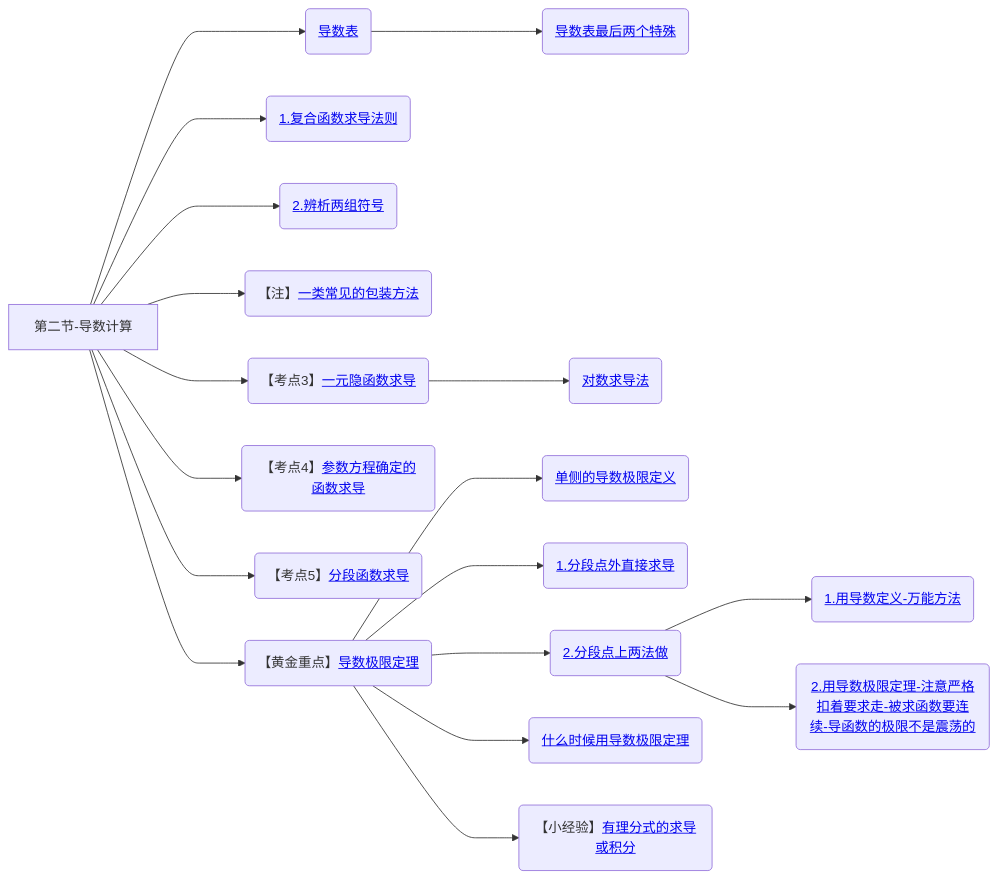
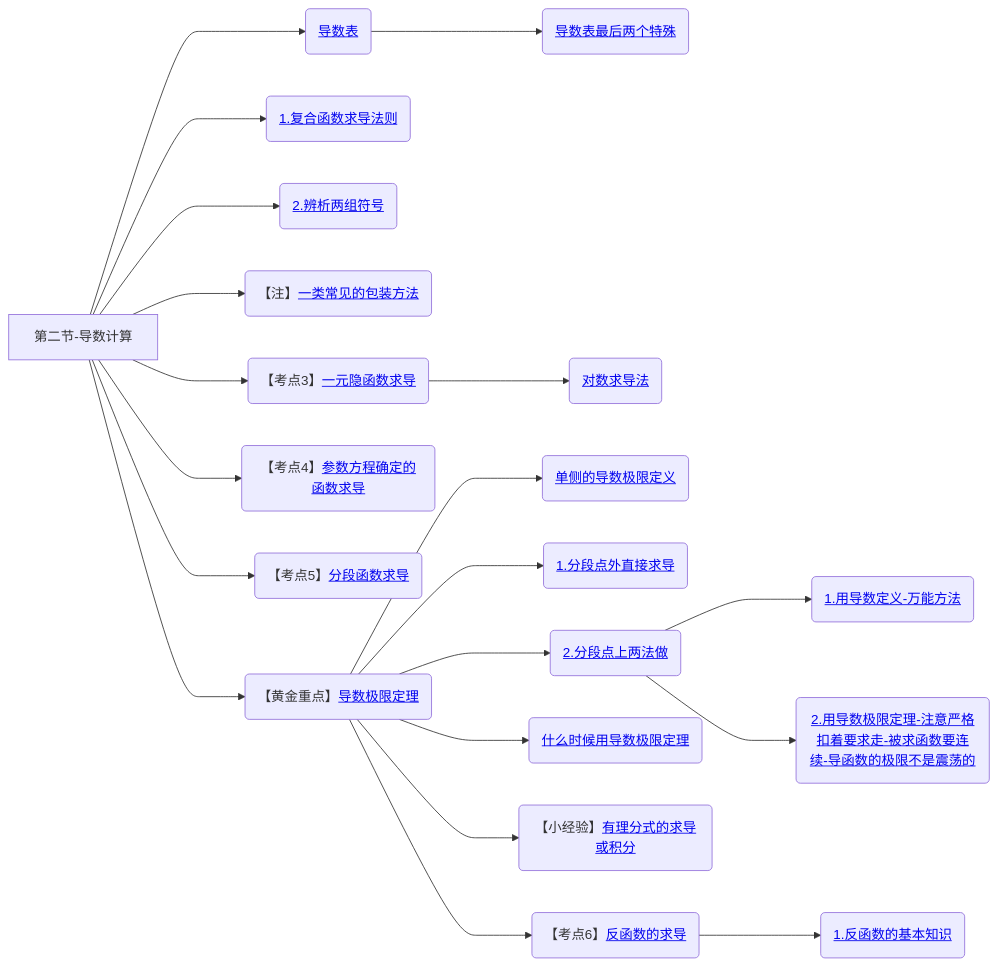
Before and after one commit to yuebinghui/note: diagram 12 of 12 in 笔记/数学/周洋鑫/01.基础班思维导图.md, drawn with Mermaid. The commit also changed 7 other files, not shown here.

````diff
--- a/笔记/数学/周洋鑫/01.基础班思维导图.md
+++ b/笔记/数学/周洋鑫/01.基础班思维导图.md
@@ -454,30 +454,33 @@
 ```mermaid
 graph LR
 第二节-导数计算
 
 第二节-导数计算--->导数表(<a href="/Users/yuebinghui/Documents/program/github/note/笔记/数学/周洋鑫/零基础提前学/11.1零基础核心考点精讲10-1.md#导数表-必须记住">导数表</>)
 导数表--->导数表最后两个特殊(<a href="/Users/yuebinghui/Documents/program/github/note/笔记/数学/周洋鑫/零基础提前学/11.1零基础核心考点精讲10-1.md#导数表最后两个特殊">导数表最后两个特殊</>)
 第二节-导数计算--->复合函数求导法则(<a href="/Users/yuebinghui/Documents/program/github/note/笔记/数学/周洋鑫/基础班/12.导数计算_1.md#复合函数求导法则">1.复合函数求导法则</>)
 第二节-导数计算--->2.辨析两组符号(<a href="/Users/yuebinghui/Documents/program/github/note/笔记/数学/周洋鑫/基础班/12.导数计算_1.md#2.辨析两组符号">2.辨析两组符号</>)
 
 第二节-导数计算--->一类常见的包装方法(【注】<a href="/Users/yuebinghui/Documents/program/github/note/笔记/数学/周洋鑫/基础班/12.导数计算_1.md#一类常见的包装方法">一类常见的包装方法</>)
 
 第二节-导数计算--->一元隐函数求导(【考点3】<a href="/Users/yuebinghui/Documents/program/github/note/笔记/数学/周洋鑫/基础班/12.导数计算_1.md#一元隐函数求导">一元隐函数求导</>)
 
 一元隐函数求导--->对数求导法(<a href="/Users/yuebinghui/Documents/program/github/note/笔记/数学/周洋鑫/基础班/13.导数计算_2.md#对数求导法">对数求导法</>)
 
 第二节-导数计算--->参数方程确定的函数求导(【考点4】<a href="/Users/yuebinghui/Documents/program/github/note/笔记/数学/周洋鑫/基础班/13.导数计算_2.md#参数方程确定的函数求导">参数方程确定的函数求导</>)
 
 第二节-导数计算--->分段函数求导(【考点5】<a href="/Users/yuebinghui/Documents/program/github/note/笔记/数学/周洋鑫/基础班/13.导数计算_2.md#分段函数求导">分段函数求导</>)
 
 第二节-导数计算--->导数极限定理(【黄金重点】<a href="/Users/yuebinghui/Documents/program/github/note/笔记/数学/周洋鑫/基础班/13.导数计算_2.md#导数极限定理">导数极限定理</>)
 导数极限定理--->单侧的导数极限定义(<a href="/Users/yuebinghui/Documents/program/github/note/笔记/数学/周洋鑫/基础班/13.导数计算_2.md#单侧的导数极限定义">单侧的导数极限定义</>)
 导数极限定理--->1.分段点外直接求导(<a href="/Users/yuebinghui/Documents/program/github/note/笔记/数学/周洋鑫/基础班/13.导数计算_2.md#1.分段点外直接求导">1.分段点外直接求导</>)
 导数极限定理--->2.分段点上两法做(<a href="/Users/yuebinghui/Documents/program/github/note/笔记/数学/周洋鑫/基础班/13.导数计算_2.md#2.分段点上两法做">2.分段点上两法做</>)
 2.分段点上两法做--->1.用导数定义-万能方法(<a href="/Users/yuebinghui/Documents/program/github/note/笔记/数学/周洋鑫/基础班/13.导数计算_2.md#1.用导数定义-万能方法">1.用导数定义-万能方法</>)
 2.分段点上两法做--->2.用导数极限定理-注意严格扣着要求走-被求函数要连续-导函数的极限不是震荡的(<a href="/Users/yuebinghui/Documents/program/github/note/笔记/数学/周洋鑫/基础班/13.导数计算_2.md#2.用导数极限定理-注意严格扣着要求走-被求函数要连续-导函数的极限不是震荡的">2.用导数极限定理-注意严格扣着要求走-被求函数要连续-导函数的极限不是震荡的</>)
 导数极限定理--->什么时候用导数极限定理(<a href="/Users/yuebinghui/Documents/program/github/note/笔记/数学/周洋鑫/基础班/13.导数计算_2.md#什么时候用导数极限定理">什么时候用导数极限定理</>)
 
 导数极限定理--->有理分式的求导或积分(【小经验】<a href="/Users/yuebinghui/Documents/program/github/note/笔记/数学/周洋鑫/基础班/13.导数计算_2.md#有理分式的求导或积分">有理分式的求导或积分</>)
 
+导数极限定理--->反函数的求导(【考点6】<a href="/Users/yuebinghui/Documents/program/github/note/笔记/数学/周洋鑫/基础班/13.导数计算_2.md#反函数的求导">反函数的求导</>)
+反函数的求导--->1.反函数的基本知识(<a href="/Users/yuebinghui/Documents/program/github/note/笔记/数学/周洋鑫/基础班/13.导数计算_2.md#1.反函数的基本知识">1.反函数的基本知识</>)
+
 ```
````
